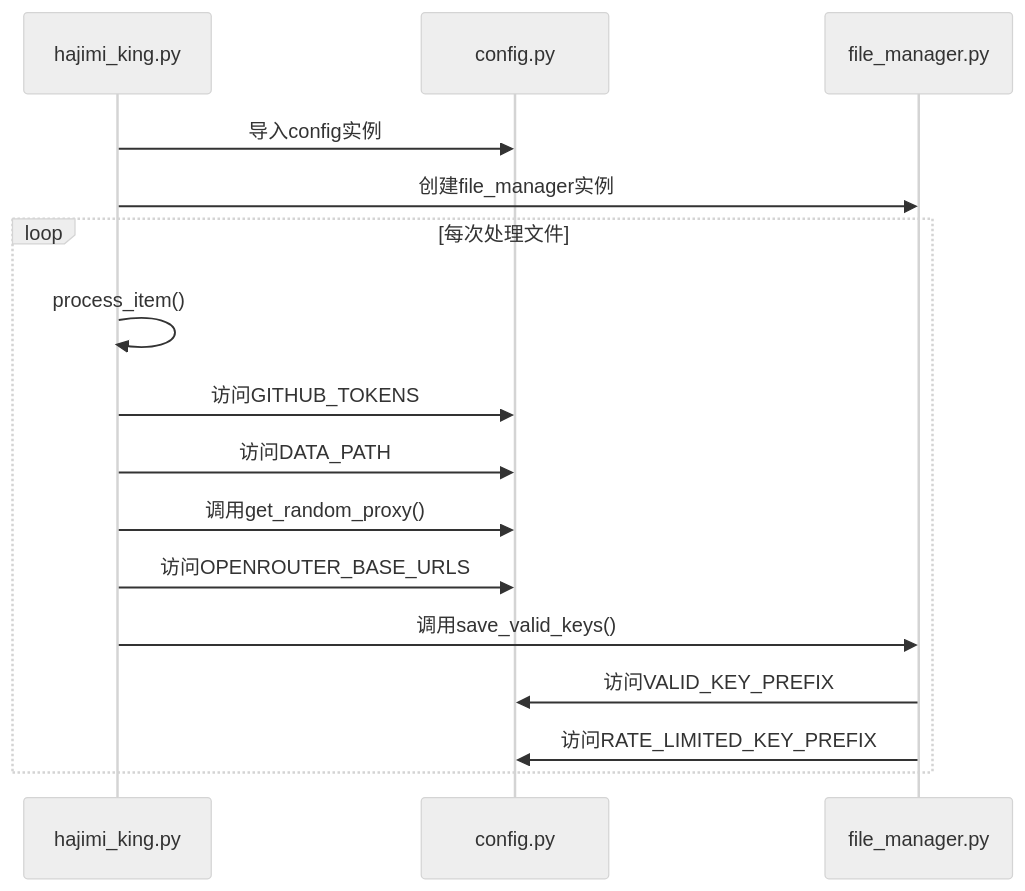
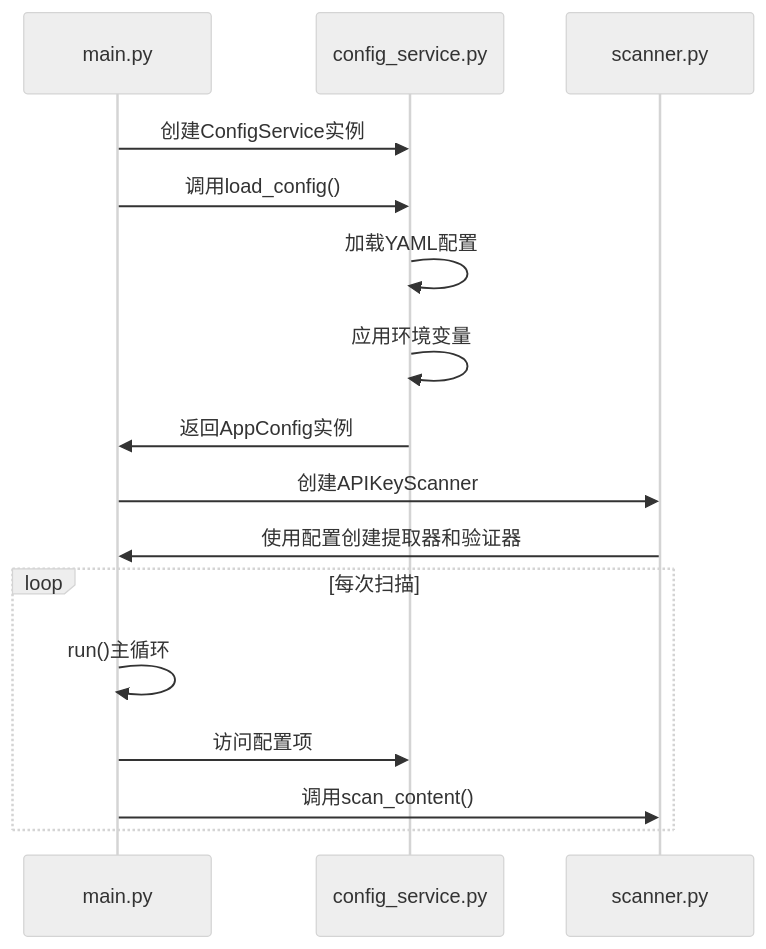
One commit to james-6-23/APIKEY-king changed the fifth of 6 diagrams in .qoder/repowiki/zh/content/开发者指南/代码架构与模块设计/配置管理模块.md. Above: the diagram before and after it, drawn with Mermaid (neutral theme). The commit also changed other lines of this file and 49 other files, not shown here.

````diff
--- a/.qoder/repowiki/zh/content/开发者指南/代码架构与模块设计/配置管理模块.md
+++ b/.qoder/repowiki/zh/content/开发者指南/代码架构与模块设计/配置管理模块.md
@@ -356,18 +340,18 @@
 ```mermaid
 sequenceDiagram
-participant Main as hajimi_king.py
-participant Config as config.py
-participant FileManager as file_manager.py
-Main->>Config : 导入config实例
-Main->>FileManager : 创建file_manager实例
-loop 每次处理文件
-Main->>Main : process_item()
-Main->>Config : 访问GITHUB_TOKENS
-Main->>Config : 访问DATA_PATH
-Main->>Config : 调用get_random_proxy()
-Main->>Config : 访问OPENROUTER_BASE_URLS
-Main->>FileManager : 调用save_valid_keys()
-FileManager->>Config : 访问VALID_KEY_PREFIX
-FileManager->>Config : 访问RATE_LIMITED_KEY_PREFIX
+participant Main as main.py
+participant ConfigService as config_service.py
+participant Scanner as scanner.py
+Main->>ConfigService : 创建ConfigService实例
+Main->>ConfigService : 调用load_config()
+ConfigService->>ConfigService : 加载YAML配置
+ConfigService->>ConfigService : 应用环境变量
+ConfigService->>Main : 返回AppConfig实例
+Main->>Scanner : 创建APIKeyScanner
+Scanner->>Main : 使用配置创建提取器和验证器
+loop 每次扫描
+Main->>Main : run()主循环
+Main->>ConfigService : 访问配置项
+Main->>Scanner : 调用scan_content()
 end
 ```
````
